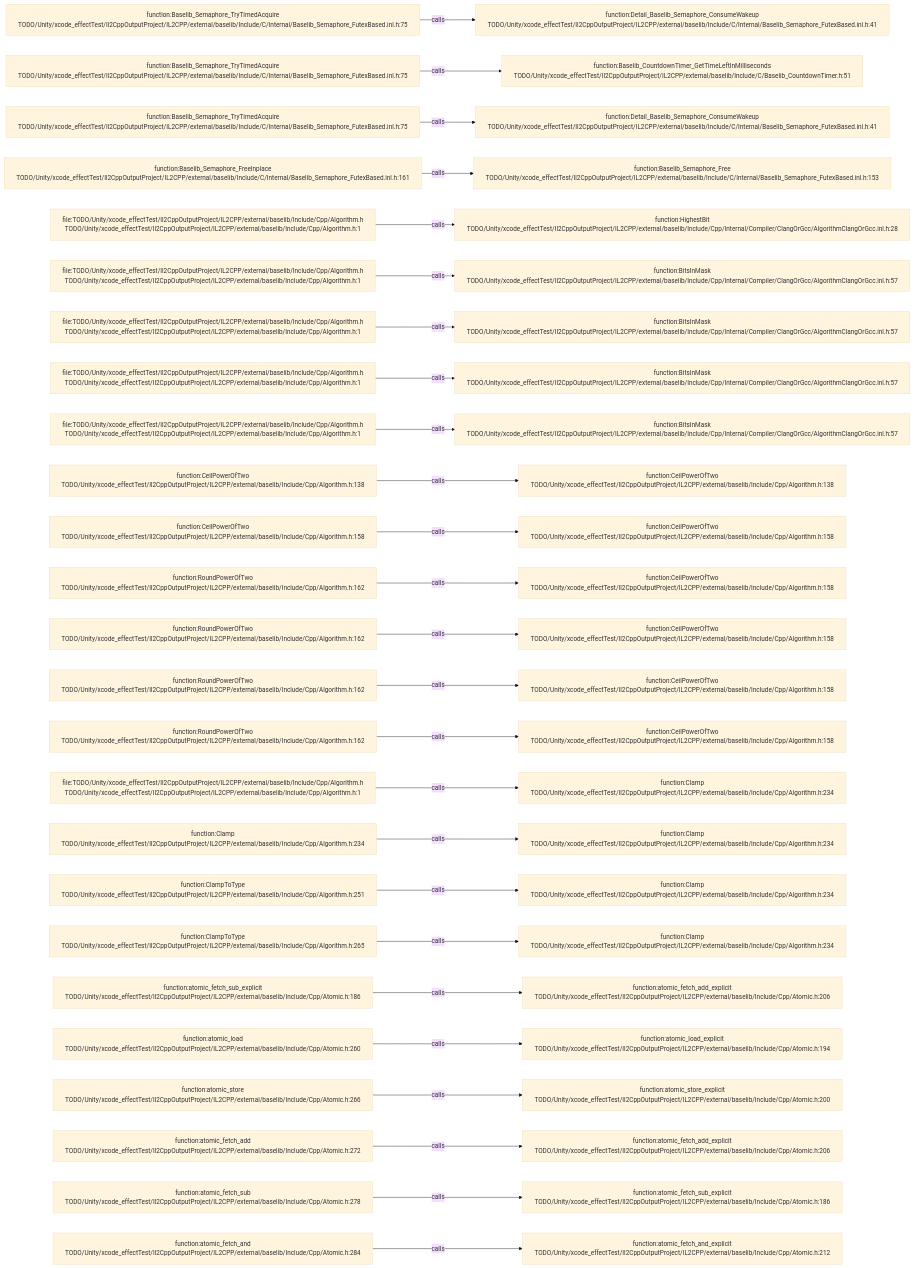
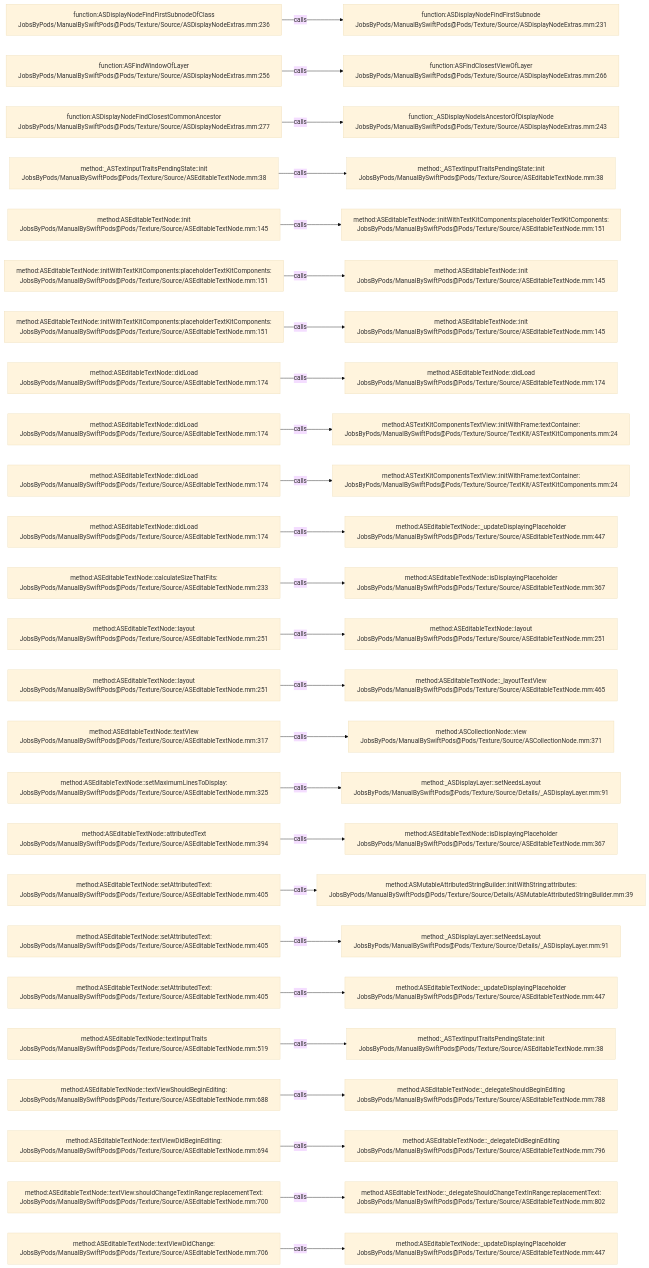
Before and after one commit to JobsKits/JobsSwiftBaseConfigDemo: the diagram in .codegraph/codegraph.md/graphs/calls-058.md, drawn with Mermaid (base theme). The commit also changed 2959 other files, not shown here.

````diff
--- a/.codegraph/codegraph.md/graphs/calls-058.md
+++ b/.codegraph/codegraph.md/graphs/calls-058.md
@@ -13,78 +13,78 @@
 ```mermaid
 flowchart LR
-  S1["function:Baselib_Semaphore_TryTimedAcquire<br/>TODO/Unity/xcode_effectTest/Il2CppOutputProject/IL2CPP/external/baselib/Include/C/Internal/Baselib_Semaphore_FutexBased.inl.h:75"]
-  T1["function:Detail_Baselib_Semaphore_ConsumeWakeup<br/>TODO/Unity/xcode_effectTest/Il2CppOutputProject/IL2CPP/external/baselib/Include/C/Internal/Baselib_Semaphore_FutexBased.inl.h:41"]
+  S1["function:ASDisplayNodeFindFirstSubnodeOfClass<br/>JobsByPods/ManualBySwiftPods@Pods/Texture/Source/ASDisplayNodeExtras.mm:236"]
+  T1["function:ASDisplayNodeFindFirstSubnode<br/>JobsByPods/ManualBySwiftPods@Pods/Texture/Source/ASDisplayNodeExtras.mm:231"]
   S1 -->|calls| T1
-  S2["function:Baselib_Semaphore_TryTimedAcquire<br/>TODO/Unity/xcode_effectTest/Il2CppOutputProject/IL2CPP/external/baselib/Include/C/Internal/Baselib_Semaphore_FutexBased.inl.h:75"]
-  T2["function:Baselib_CountdownTimer_GetTimeLeftInMilliseconds<br/>TODO/Unity/xcode_effectTest/Il2CppOutputProject/IL2CPP/external/baselib/Include/C/Baselib_CountdownTimer.h:51"]
+  S2["function:ASFindWindowOfLayer<br/>JobsByPods/ManualBySwiftPods@Pods/Texture/Source/ASDisplayNodeExtras.mm:256"]
+  T2["function:ASFindClosestViewOfLayer<br/>JobsByPods/ManualBySwiftPods@Pods/Texture/Source/ASDisplayNodeExtras.mm:266"]
   S2 -->|calls| T2
-  S3["function:Baselib_Semaphore_TryTimedAcquire<br/>TODO/Unity/xcode_effectTest/Il2CppOutputProject/IL2CPP/external/baselib/Include/C/Internal/Baselib_Semaphore_FutexBased.inl.h:75"]
-  T3["function:Detail_Baselib_Semaphore_ConsumeWakeup<br/>TODO/Unity/xcode_effectTest/Il2CppOutputProject/IL2CPP/external/baselib/Include/C/Internal/Baselib_Semaphore_FutexBased.inl.h:41"]
+  S3["function:ASDisplayNodeFindClosestCommonAncestor<br/>JobsByPods/ManualBySwiftPods@Pods/Texture/Source/ASDisplayNodeExtras.mm:277"]
+  T3["function:_ASDisplayNodeIsAncestorOfDisplayNode<br/>JobsByPods/ManualBySwiftPods@Pods/Texture/Source/ASDisplayNodeExtras.mm:243"]
   S3 -->|calls| T3
-  S4["function:Baselib_Semaphore_FreeInplace<br/>TODO/Unity/xcode_effectTest/Il2CppOutputProject/IL2CPP/external/baselib/Include/C/Internal/Baselib_Semaphore_FutexBased.inl.h:161"]
-  T4["function:Baselib_Semaphore_Free<br/>TODO/Unity/xcode_effectTest/Il2CppOutputProject/IL2CPP/external/baselib/Include/C/Internal/Baselib_Semaphore_FutexBased.inl.h:153"]
+  S4["method:_ASTextInputTraitsPendingState::init<br/>JobsByPods/ManualBySwiftPods@Pods/Texture/Source/ASEditableTextNode.mm:38"]
+  T4["method:_ASTextInputTraitsPendingState::init<br/>JobsByPods/ManualBySwiftPods@Pods/Texture/Source/ASEditableTextNode.mm:38"]
   S4 -->|calls| T4
-  S5["file:TODO/Unity/xcode_effectTest/Il2CppOutputProject/IL2CPP/external/baselib/Include/Cpp/Algorithm.h<br/>TODO/Unity/xcode_effectTest/Il2CppOutputProject/IL2CPP/external/baselib/Include/Cpp/Algorithm.h:1"]
-  T5["function:HighestBit<br/>TODO/Unity/xcode_effectTest/Il2CppOutputProject/IL2CPP/external/baselib/Include/Cpp/Internal/Compiler/ClangOrGcc/AlgorithmClangOrGcc.inl.h:28"]
+  S5["method:ASEditableTextNode::init<br/>JobsByPods/ManualBySwiftPods@Pods/Texture/Source/ASEditableTextNode.mm:145"]
+  T5["method:ASEditableTextNode::initWithTextKitComponents:placeholderTextKitComponents:<br/>JobsByPods/ManualBySwiftPods@Pods/Texture/Source/ASEditableTextNode.mm:151"]
   S5 -->|calls| T5
-  S6["file:TODO/Unity/xcode_effectTest/Il2CppOutputProject/IL2CPP/external/baselib/Include/Cpp/Algorithm.h<br/>TODO/Unity/xcode_effectTest/Il2CppOutputProject/IL2CPP/external/baselib/Include/Cpp/Algorithm.h:1"]
-  T6["function:BitsInMask<br/>TODO/Unity/xcode_effectTest/Il2CppOutputProject/IL2CPP/external/baselib/Include/Cpp/Internal/Compiler/ClangOrGcc/AlgorithmClangOrGcc.inl.h:57"]
+  S6["method:ASEditableTextNode::initWithTextKitComponents:placeholderTextKitComponents:<br/>JobsByPods/ManualBySwiftPods@Pods/Texture/Source/ASEditableTextNode.mm:151"]
+  T6["method:ASEditableTextNode::init<br/>JobsByPods/ManualBySwiftPods@Pods/Texture/Source/ASEditableTextNode.mm:145"]
   S6 -->|calls| T6
-  S7["file:TODO/Unity/xcode_effectTest/Il2CppOutputProject/IL2CPP/external/baselib/Include/Cpp/Algorithm.h<br/>TODO/Unity/xcode_effectTest/Il2CppOutputProject/IL2CPP/external/baselib/Include/Cpp/Algorithm.h:1"]
-  T7["function:BitsInMask<br/>TODO/Unity/xcode_effectTest/Il2CppOutputProject/IL2CPP/external/baselib/Include/Cpp/Internal/Compiler/ClangOrGcc/AlgorithmClangOrGcc.inl.h:57"]
+  S7["method:ASEditableTextNode::initWithTextKitComponents:placeholderTextKitComponents:<br/>JobsByPods/ManualBySwiftPods@Pods/Texture/Source/ASEditableTextNode.mm:151"]
+  T7["method:ASEditableTextNode::init<br/>JobsByPods/ManualBySwiftPods@Pods/Texture/Source/ASEditableTextNode.mm:145"]
   S7 -->|calls| T7
-  S8["file:TODO/Unity/xcode_effectTest/Il2CppOutputProject/IL2CPP/external/baselib/Include/Cpp/Algorithm.h<br/>TODO/Unity/xcode_effectTest/Il2CppOutputProject/IL2CPP/external/baselib/Include/Cpp/Algorithm.h:1"]
-  T8["function:BitsInMask<br/>TODO/Unity/xcode_effectTest/Il2CppOutputProject/IL2CPP/external/baselib/Include/Cpp/Internal/Compiler/ClangOrGcc/AlgorithmClangOrGcc.inl.h:57"]
+  S8["method:ASEditableTextNode::didLoad<br/>JobsByPods/ManualBySwiftPods@Pods/Texture/Source/ASEditableTextNode.mm:174"]
+  T8["method:ASEditableTextNode::didLoad<br/>JobsByPods/ManualBySwiftPods@Pods/Texture/Source/ASEditableTextNode.mm:174"]
   S8 -->|calls| T8
-  S9["file:TODO/Unity/xcode_effectTest/Il2CppOutputProject/IL2CPP/external/baselib/Include/Cpp/Algorithm.h<br/>TODO/Unity/xcode_effectTest/Il2CppOutputProject/IL2CPP/external/baselib/Include/Cpp/Algorithm.h:1"]
-  T9["function:BitsInMask<br/>TODO/Unity/xcode_effectTest/Il2CppOutputProject/IL2CPP/external/baselib/Include/Cpp/Internal/Compiler/ClangOrGcc/AlgorithmClangOrGcc.inl.h:57"]
+  S9["method:ASEditableTextNode::didLoad<br/>JobsByPods/ManualBySwiftPods@Pods/Texture/Source/ASEditableTextNode.mm:174"]
+  T9["method:ASTextKitComponentsTextView::initWithFrame:textContainer:<br/>JobsByPods/ManualBySwiftPods@Pods/Texture/Source/TextKit/ASTextKitComponents.mm:24"]
   S9 -->|calls| T9
-  S10["function:CeilPowerOfTwo<br/>TODO/Unity/xcode_effectTest/Il2CppOutputProject/IL2CPP/external/baselib/Include/Cpp/Algorithm.h:138"]
-  T10["function:CeilPowerOfTwo<br/>TODO/Unity/xcode_effectTest/Il2CppOutputProject/IL2CPP/external/baselib/Include/Cpp/Algorithm.h:138"]
+  S10["method:ASEditableTextNode::didLoad<br/>JobsByPods/ManualBySwiftPods@Pods/Texture/Source/ASEditableTextNode.mm:174"]
+  T10["method:ASTextKitComponentsTextView::initWithFrame:textContainer:<br/>JobsByPods/ManualBySwiftPods@Pods/Texture/Source/TextKit/ASTextKitComponents.mm:24"]
   S10 -->|calls| T10
-  S11["function:CeilPowerOfTwo<br/>TODO/Unity/xcode_effectTest/Il2CppOutputProject/IL2CPP/external/baselib/Include/Cpp/Algorithm.h:158"]
-  T11["function:CeilPowerOfTwo<br/>TODO/Unity/xcode_effectTest/Il2CppOutputProject/IL2CPP/external/baselib/Include/Cpp/Algorithm.h:158"]
+  S11["method:ASEditableTextNode::didLoad<br/>JobsByPods/ManualBySwiftPods@Pods/Texture/Source/ASEditableTextNode.mm:174"]
+  T11["method:ASEditableTextNode::_updateDisplayingPlaceholder<br/>JobsByPods/ManualBySwiftPods@Pods/Texture/Source/ASEditableTextNode.mm:447"]
   S11 -->|calls| T11
-  S12["function:RoundPowerOfTwo<br/>TODO/Unity/xcode_effectTest/Il2CppOutputProject/IL2CPP/external/baselib/Include/Cpp/Algorithm.h:162"]
-  T12["function:CeilPowerOfTwo<br/>TODO/Unity/xcode_effectTest/Il2CppOutputProject/IL2CPP/external/baselib/Include/Cpp/Algorithm.h:158"]
+  S12["method:ASEditableTextNode::calculateSizeThatFits:<br/>JobsByPods/ManualBySwiftPods@Pods/Texture/Source/ASEditableTextNode.mm:233"]
+  T12["method:ASEditableTextNode::isDisplayingPlaceholder<br/>JobsByPods/ManualBySwiftPods@Pods/Texture/Source/ASEditableTextNode.mm:367"]
   S12 -->|calls| T12
-  S13["function:RoundPowerOfTwo<br/>TODO/Unity/xcode_effectTest/Il2CppOutputProject/IL2CPP/external/baselib/Include/Cpp/Algorithm.h:162"]
-  T13["function:CeilPowerOfTwo<br/>TODO/Unity/xcode_effectTest/Il2CppOutputProject/IL2CPP/external/baselib/Include/Cpp/Algorithm.h:158"]
+  S13["method:ASEditableTextNode::layout<br/>JobsByPods/ManualBySwiftPods@Pods/Texture/Source/ASEditableTextNode.mm:251"]
+  T13["method:ASEditableTextNode::layout<br/>JobsByPods/ManualBySwiftPods@Pods/Texture/Source/ASEditableTextNode.mm:251"]
   S13 -->|calls| T13
-  S14["function:RoundPowerOfTwo<br/>TODO/Unity/xcode_effectTest/Il2CppOutputProject/IL2CPP/external/baselib/Include/Cpp/Algorithm.h:162"]
-  T14["function:CeilPowerOfTwo<br/>TODO/Unity/xcode_effectTest/Il2CppOutputProject/IL2CPP/external/baselib/Include/Cpp/Algorithm.h:158"]
+  S14["method:ASEditableTextNode::layout<br/>JobsByPods/ManualBySwiftPods@Pods/Texture/Source/ASEditableTextNode.mm:251"]
+  T14["method:ASEditableTextNode::_layoutTextView<br/>JobsByPods/ManualBySwiftPods@Pods/Texture/Source/ASEditableTextNode.mm:465"]
   S14 -->|calls| T14
-  S15["function:RoundPowerOfTwo<br/>TODO/Unity/xcode_effectTest/Il2CppOutputProject/IL2CPP/external/baselib/Include/Cpp/Algorithm.h:162"]
-  T15["function:CeilPowerOfTwo<br/>TODO/Unity/xcode_effectTest/Il2CppOutputProject/IL2CPP/external/baselib/Include/Cpp/Algorithm.h:158"]
+  S15["method:ASEditableTextNode::textView<br/>JobsByPods/ManualBySwiftPods@Pods/Texture/Source/ASEditableTextNode.mm:317"]
+  T15["method:ASCollectionNode::view<br/>JobsByPods/ManualBySwiftPods@Pods/Texture/Source/ASCollectionNode.mm:371"]
   S15 -->|calls| T15
-  S16["file:TODO/Unity/xcode_effectTest/Il2CppOutputProject/IL2CPP/external/baselib/Include/Cpp/Algorithm.h<br/>TODO/Unity/xcode_effectTest/Il2CppOutputProject/IL2CPP/external/baselib/Include/Cpp/Algorithm.h:1"]
-  T16["function:Clamp<br/>TODO/Unity/xcode_effectTest/Il2CppOutputProject/IL2CPP/external/baselib/Include/Cpp/Algorithm.h:234"]
+  S16["method:ASEditableTextNode::setMaximumLinesToDisplay:<br/>JobsByPods/ManualBySwiftPods@Pods/Texture/Source/ASEditableTextNode.mm:325"]
+  T16["method:_ASDisplayLayer::setNeedsLayout<br/>JobsByPods/ManualBySwiftPods@Pods/Texture/Source/Details/_ASDisplayLayer.mm:91"]
   S16 -->|calls| T16
-  S17["function:Clamp<br/>TODO/Unity/xcode_effectTest/Il2CppOutputProject/IL2CPP/external/baselib/Include/Cpp/Algorithm.h:234"]
-  T17["function:Clamp<br/>TODO/Unity/xcode_effectTest/Il2CppOutputProject/IL2CPP/external/baselib/Include/Cpp/Algorithm.h:234"]
+  S17["method:ASEditableTextNode::attributedText<br/>JobsByPods/ManualBySwiftPods@Pods/Texture/Source/ASEditableTextNode.mm:394"]
+  T17["method:ASEditableTextNode::isDisplayingPlaceholder<br/>JobsByPods/ManualBySwiftPods@Pods/Texture/Source/ASEditableTextNode.mm:367"]
   S17 -->|calls| T17
-  S18["function:ClampToType<br/>TODO/Unity/xcode_effectTest/Il2CppOutputProject/IL2CPP/external/baselib/Include/Cpp/Algorithm.h:251"]
-  T18["function:Clamp<br/>TODO/Unity/xcode_effectTest/Il2CppOutputProject/IL2CPP/external/baselib/Include/Cpp/Algorithm.h:234"]
+  S18["method:ASEditableTextNode::setAttributedText:<br/>JobsByPods/ManualBySwiftPods@Pods/Texture/Source/ASEditableTextNode.mm:405"]
+  T18["method:ASMutableAttributedStringBuilder::initWithString:attributes:<br/>JobsByPods/ManualBySwiftPods@Pods/Texture/Source/Details/ASMutableAttributedStringBuilder.mm:39"]
   S18 -->|calls| T18
-  S19["function:ClampToType<br/>TODO/Unity/xcode_effectTest/Il2CppOutputProject/IL2CPP/external/baselib/Include/Cpp/Algorithm.h:265"]
-  T19["function:Clamp<br/>TODO/Unity/xcode_effectTest/Il2CppOutputProject/IL2CPP/external/baselib/Include/Cpp/Algorithm.h:234"]
+  S19["method:ASEditableTextNode::setAttributedText:<br/>JobsByPods/ManualBySwiftPods@Pods/Texture/Source/ASEditableTextNode.mm:405"]
+  T19["method:_ASDisplayLayer::setNeedsLayout<br/>JobsByPods/ManualBySwiftPods@Pods/Texture/Source/Details/_ASDisplayLayer.mm:91"]
   S19 -->|calls| T19
-  S20["function:atomic_fetch_sub_explicit<br/>TODO/Unity/xcode_effectTest/Il2CppOutputProject/IL2CPP/external/baselib/Include/Cpp/Atomic.h:186"]
-  T20["function:atomic_fetch_add_explicit<br/>TODO/Unity/xcode_effectTest/Il2CppOutputProject/IL2CPP/external/baselib/Include/Cpp/Atomic.h:206"]
+  S20["method:ASEditableTextNode::setAttributedText:<br/>JobsByPods/ManualBySwiftPods@Pods/Texture/Source/ASEditableTextNode.mm:405"]
+  T20["method:ASEditableTextNode::_updateDisplayingPlaceholder<br/>JobsByPods/ManualBySwiftPods@Pods/Texture/Source/ASEditableTextNode.mm:447"]
   S20 -->|calls| T20
-  S21["function:atomic_load<br/>TODO/Unity/xcode_effectTest/Il2CppOutputProject/IL2CPP/external/baselib/Include/Cpp/Atomic.h:260"]
-  T21["function:atomic_load_explicit<br/>TODO/Unity/xcode_effectTest/Il2CppOutputProject/IL2CPP/external/baselib/Include/Cpp/Atomic.h:194"]
+  S21["method:ASEditableTextNode::textInputTraits<br/>JobsByPods/ManualBySwiftPods@Pods/Texture/Source/ASEditableTextNode.mm:519"]
+  T21["method:_ASTextInputTraitsPendingState::init<br/>JobsByPods/ManualBySwiftPods@Pods/Texture/Source/ASEditableTextNode.mm:38"]
   S21 -->|calls| T21
-  S22["function:atomic_store<br/>TODO/Unity/xcode_effectTest/Il2CppOutputProject/IL2CPP/external/baselib/Include/Cpp/Atomic.h:266"]
-  T22["function:atomic_store_explicit<br/>TODO/Unity/xcode_effectTest/Il2CppOutputProject/IL2CPP/external/baselib/Include/Cpp/Atomic.h:200"]
+  S22["method:ASEditableTextNode::textViewShouldBeginEditing:<br/>JobsByPods/ManualBySwiftPods@Pods/Texture/Source/ASEditableTextNode.mm:688"]
+  T22["method:ASEditableTextNode::_delegateShouldBeginEditing<br/>JobsByPods/ManualBySwiftPods@Pods/Texture/Source/ASEditableTextNode.mm:788"]
   S22 -->|calls| T22
-  S23["function:atomic_fetch_add<br/>TODO/Unity/xcode_effectTest/Il2CppOutputProject/IL2CPP/external/baselib/Include/Cpp/Atomic.h:272"]
-  T23["function:atomic_fetch_add_explicit<br/>TODO/Unity/xcode_effectTest/Il2CppOutputProject/IL2CPP/external/baselib/Include/Cpp/Atomic.h:206"]
+  S23["method:ASEditableTextNode::textViewDidBeginEditing:<br/>JobsByPods/ManualBySwiftPods@Pods/Texture/Source/ASEditableTextNode.mm:694"]
+  T23["method:ASEditableTextNode::_delegateDidBeginEditing<br/>JobsByPods/ManualBySwiftPods@Pods/Texture/Source/ASEditableTextNode.mm:796"]
   S23 -->|calls| T23
-  S24["function:atomic_fetch_sub<br/>TODO/Unity/xcode_effectTest/Il2CppOutputProject/IL2CPP/external/baselib/Include/Cpp/Atomic.h:278"]
-  T24["function:atomic_fetch_sub_explicit<br/>TODO/Unity/xcode_effectTest/Il2CppOutputProject/IL2CPP/external/baselib/Include/Cpp/Atomic.h:186"]
+  S24["method:ASEditableTextNode::textView:shouldChangeTextInRange:replacementText:<br/>JobsByPods/ManualBySwiftPods@Pods/Texture/Source/ASEditableTextNode.mm:700"]
+  T24["method:ASEditableTextNode::_delegateShouldChangeTextInRange:replacementText:<br/>JobsByPods/ManualBySwiftPods@Pods/Texture/Source/ASEditableTextNode.mm:802"]
   S24 -->|calls| T24
-  S25["function:atomic_fetch_and<br/>TODO/Unity/xcode_effectTest/Il2CppOutputProject/IL2CPP/external/baselib/Include/Cpp/Atomic.h:284"]
-  T25["function:atomic_fetch_and_explicit<br/>TODO/Unity/xcode_effectTest/Il2CppOutputProject/IL2CPP/external/baselib/Include/Cpp/Atomic.h:212"]
+  S25["method:ASEditableTextNode::textViewDidChange:<br/>JobsByPods/ManualBySwiftPods@Pods/Texture/Source/ASEditableTextNode.mm:706"]
+  T25["method:ASEditableTextNode::_updateDisplayingPlaceholder<br/>JobsByPods/ManualBySwiftPods@Pods/Texture/Source/ASEditableTextNode.mm:447"]
   S25 -->|calls| T25
 ```
````
